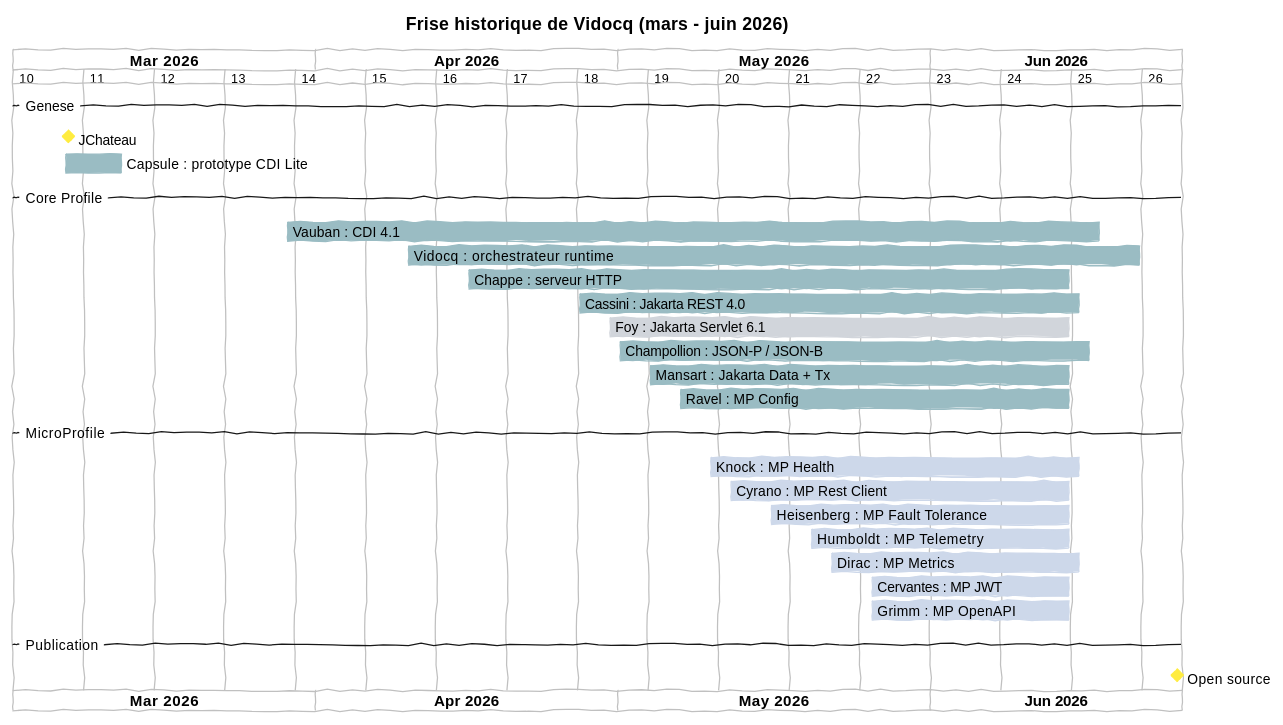
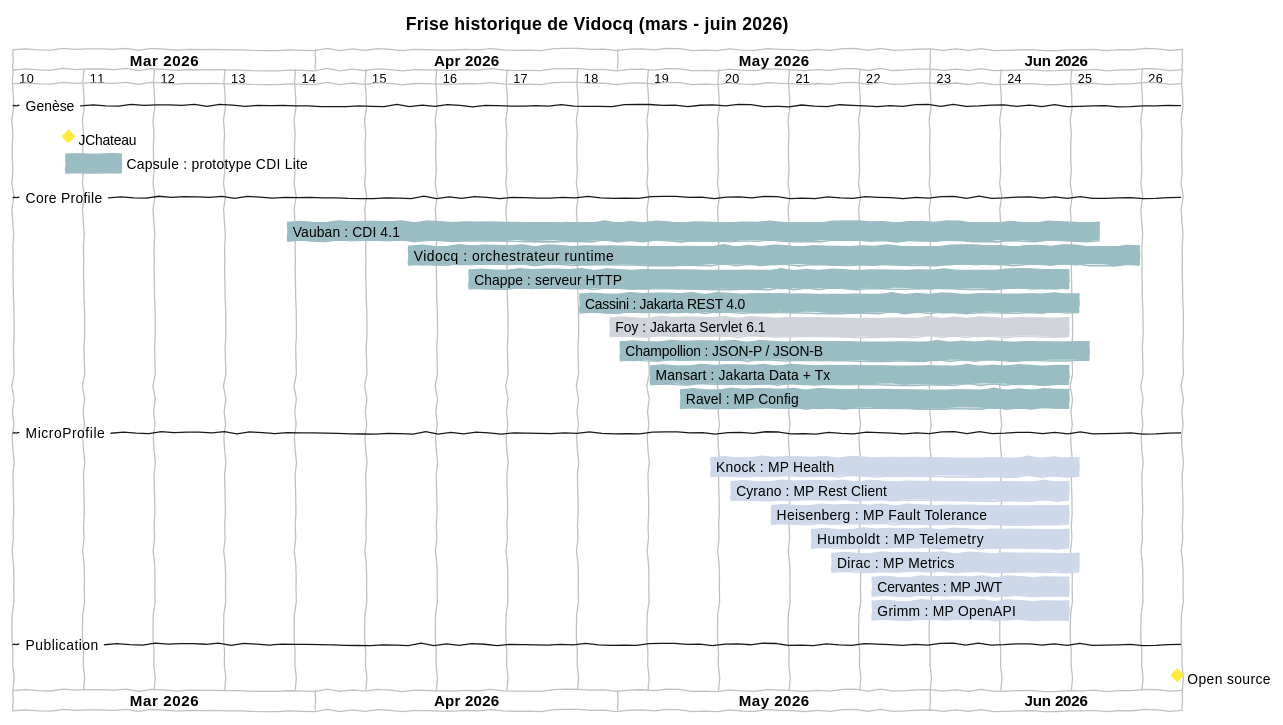
One commit to SCIAM-FR/sciam-fr.github.io changed the diagram in _posts/2026-06-25-lhistoire-de-vidocq.adoc. Above: the diagram before and after it, drawn with PlantUML. The commit also changed other lines of this file, not shown here.

Commit message:
Typos dans l'article histoire

```diff
--- a/_posts/2026-06-25-lhistoire-de-vidocq.adoc
+++ b/_posts/2026-06-25-lhistoire-de-vidocq.adoc
@@ -113,67 +113,67 @@
 [plantuml, "frise-vidocq", "svg", width="100%"]
 ----
 @startgantt
 skinparam handwritten true
 <style>
 ganttDiagram {
   task {
     LineColor #2e3a56
     LineThickness 2
   }
   milestone {
     LineColor #2e3a56
     LineThickness 2
   }
 }
 </style>
 title Frise historique de Vidocq (mars - juin 2026)
 printscale weekly zoom 2
 Project starts 2026-03-02
 saturday are open
 sunday are open
 
--- Genese --
+-- Genèse --
 [JChateau] happens 2026-03-07
 [JChateau] is colored in #ffec3f
 [Capsule : prototype CDI Lite] as [CAPS] starts 2026-03-07 and ends 2026-03-12
 [CAPS] is colored in #9abcc3
 
 -- Core Profile --
 [Vauban : CDI 4.1] as [VAUBAN] starts 2026-03-29 and ends 2026-06-17
 [VAUBAN] is colored in #9abcc3
 [Vidocq : orchestrateur runtime] as [VIDOCQ] starts 2026-04-10 and ends 2026-06-21
 [VIDOCQ] is colored in #9abcc3
 [Chappe : serveur HTTP] as [CHAPPE] starts 2026-04-16 and ends 2026-06-14
 [CHAPPE] is colored in #9abcc3
 [Cassini : Jakarta REST 4.0] as [CASSINI] starts 2026-04-27 and ends 2026-06-15
 [CASSINI] is colored in #9abcc3
 [Foy : Jakarta Servlet 6.1] as [FOY] starts 2026-04-30 and ends 2026-06-14
 [FOY] is colored in #d1d5db
 [Champollion : JSON-P / JSON-B] as [CHAMP] starts 2026-05-01 and ends 2026-06-16
 [CHAMP] is colored in #9abcc3
 [Mansart : Jakarta Data + Tx] as [MANSART] starts 2026-05-04 and ends 2026-06-14
 [MANSART] is colored in #9abcc3
 [Ravel : MP Config] as [RAVEL] starts 2026-05-07 and ends 2026-06-14
 [RAVEL] is colored in #9abcc3
 
 -- MicroProfile --
 [Knock : MP Health] as [KNOCK] starts 2026-05-10 and ends 2026-06-15
 [KNOCK] is colored in #cdd8ea
 [Cyrano : MP Rest Client] as [CYR] starts 2026-05-12 and ends 2026-06-14
 [CYR] is colored in #cdd8ea
 [Heisenberg : MP Fault Tolerance] as [HEIS] starts 2026-05-16 and ends 2026-06-14
 [HEIS] is colored in #cdd8ea
 [Humboldt : MP Telemetry] as [HUMB] starts 2026-05-20 and ends 2026-06-14
 [HUMB] is colored in #cdd8ea
 [Dirac : MP Metrics] as [DIRAC] starts 2026-05-22 and ends 2026-06-15
 [DIRAC] is colored in #cdd8ea
 [Cervantes : MP JWT] as [CERV] starts 2026-05-26 and ends 2026-06-14
 [CERV] is colored in #cdd8ea
 [Grimm : MP OpenAPI] as [GRIMM] starts 2026-05-26 and ends 2026-06-14
 [GRIMM] is colored in #cdd8ea
 
 -- Publication --
 [Open source] happens 2026-06-25
 [Open source] is colored in #ffec3f
 @endgantt
 ----
```
